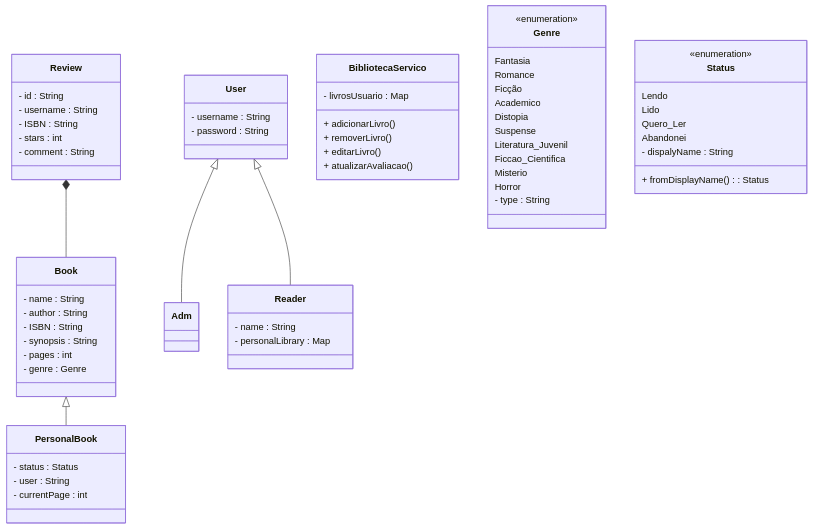
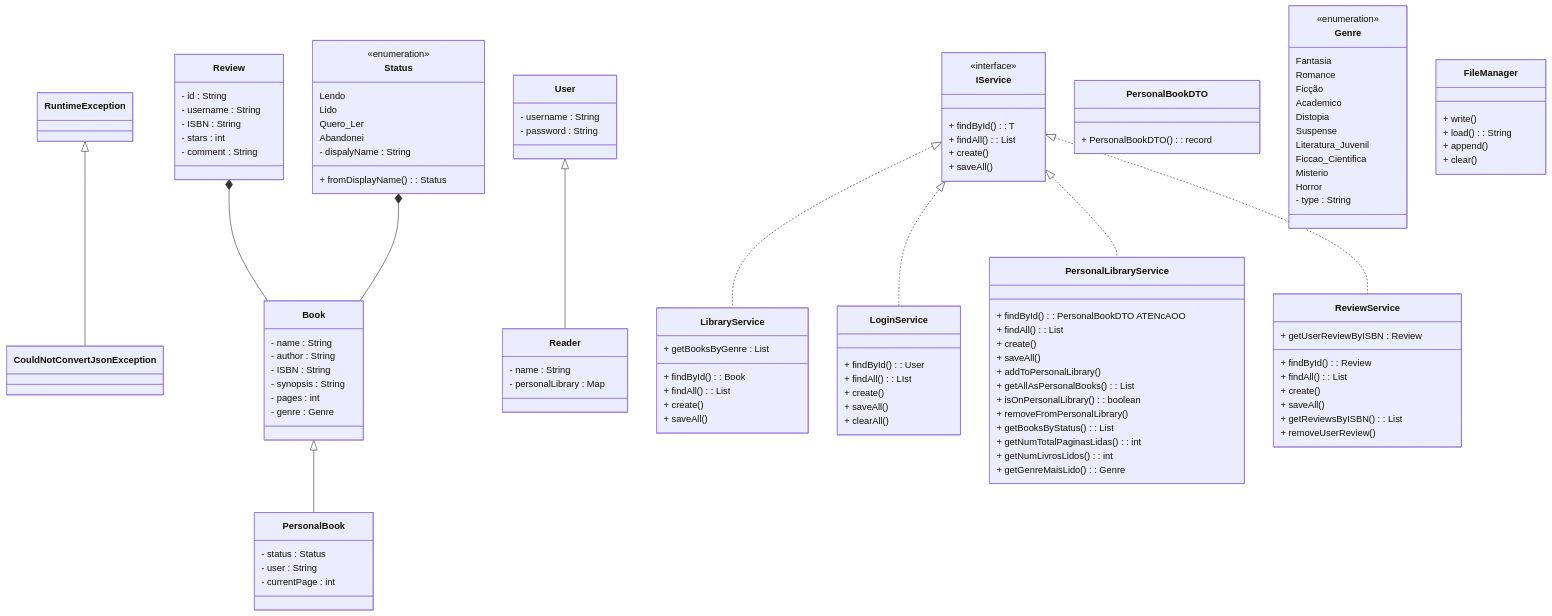
One commit to martins-joaopedro/DCC025-TrabalhoFinal changed the diagram in README.md. Above: the diagram before and after it, drawn with Mermaid.

````diff
--- a/README.md
+++ b/README.md
@@ -4,10 +4,22 @@
 ``` mermaid
 classDiagram 
 
+RuntimeException <|-- CouldNotConvertJsonException
 Book <|-- PersonalBook
 Review *-- Book
-User <|-- Adm
+Status *-- Book
 User <|-- Reader
+IService <|.. LibraryService
+IService <|.. LoginService
+IService <|.. PersonalLibraryService
+IService <|.. ReviewService
+
+class RuntimeException
+class CouldNotConvertJsonException
+
+class PersonalBookDTO {
+    + PersonalBookDTO() : record
+}
 
 class Book {
     - name : String
@@ -24,32 +36,6 @@
     - currentPage : int
 }
 
-class Review {
-    - id : String
-    - username : String
-    - ISBN : String
-    - stars : int
-    - comment : String
-}
-
-class Reader {
-    - name : String
-    - personalLibrary : Map<String, Book> 
-}
-
-class User {
-    - username : String
-    - password : String
-}
-
-class BibliotecaServico {
-    - livrosUsuario : Map<String, LivroUsuario> 
-    
-    + adicionarLivro()
-    + removerLivro()
-    + editarLivro()
-    + atualizarAvaliacao()   
-}
 
 class Genre {
     <<enumeration>>
@@ -75,8 +61,80 @@
     - dispalyName : String
 
     + fromDisplayName() : Status
-    
-    
-    
+}
+
+class Review {
+    - id : String
+    - username : String
+    - ISBN : String
+    - stars : int
+    - comment : String
+}
+
+class Reader {
+    - name : String
+    - personalLibrary : Map<String, Book> 
+}
+
+class User {
+    - username : String
+    - password : String
+}
+
+class FileManager {
+    + write()
+    + load() : String
+    + append()
+    + clear()   
+}
+
+class IService {
+    <<interface>>
+
+    + findById() : T
+    + findAll() : List<T> 
+    + create()
+    + saveAll()
+}
+
+class LibraryService {
+    + findById() : Book
+    + findAll() : List<Book>
+    + create()
+    + saveAll()
+    + getBooksByGenre : List <Book>
+}
+
+class LoginService {
+    + findById() : User
+    + findAll() : LIst<User>
+    + create()
+    + saveAll()
+    + clearAll()
+}
+
+class PersonalLibraryService {
+    + findById() : PersonalBookDTO ATENcAOO
+    + findAll() : List<PersonalBookDTO>
+    + create()
+    + saveAll()
+    + addToPersonalLibrary()
+    + getAllAsPersonalBooks() : List<PersonalBook>
+    + isOnPersonalLibrary() : boolean
+    + removeFromPersonalLibrary()
+    + getBooksByStatus() : List<PersonalBook>
+    + getNumTotalPaginasLidas() : int
+    + getNumLivrosLidos() : int
+    + getGenreMaisLido() : Genre 
+}
+
+class ReviewService {
+    + findById() : Review
+    + findAll() : List<Review>
+    + create()
+    + saveAll()
+    + getReviewsByISBN() : List<Review>
+    + getUserReviewByISBN : Review
+    + removeUserReview()
 }
 ```
````
